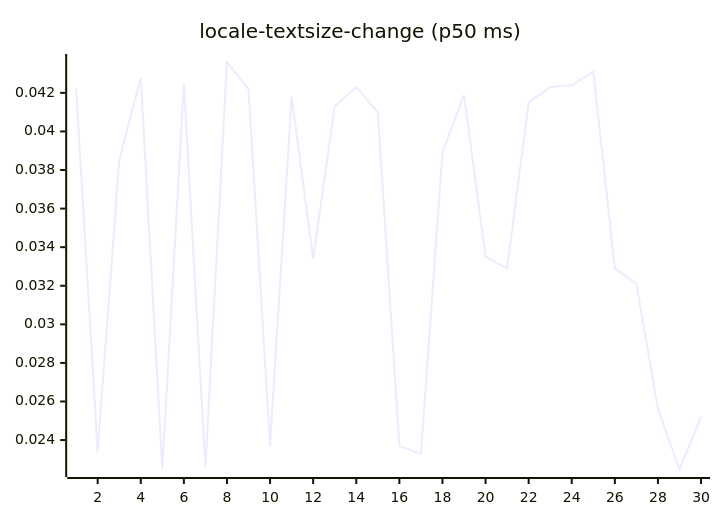
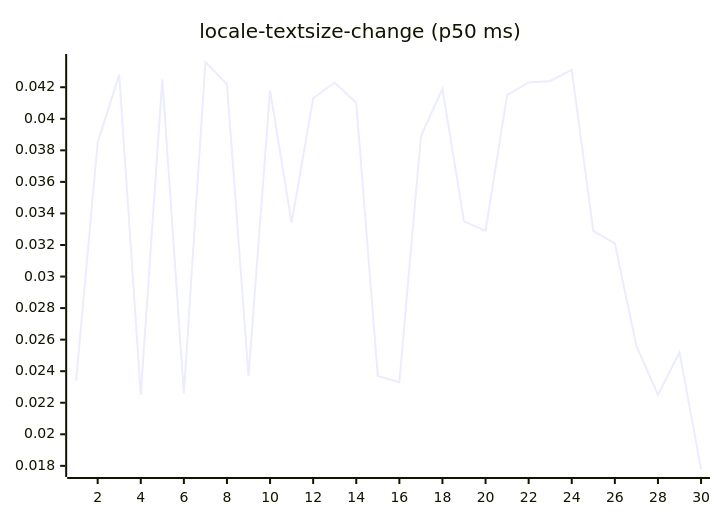
Diagram 13 of 27 in README.md (josha/Facet), drawn with Mermaid before and after one commit. The commit also changed other lines of this file and 2 other files, not shown here.

````diff
--- a/README.md
+++ b/README.md
@@ -147,6 +147,6 @@
 ```mermaid
 xychart-beta
     title "locale-textsize-change (p50 ms)"
     x-axis 1 --> 30
-    line [0.0422, 0.0234, 0.0385, 0.0428, 0.0225, 0.0425, 0.0226, 0.0436, 0.0422, 0.0237, 0.0418, 0.0334, 0.0413, 0.0423, 0.0410, 0.0237, 0.0233, 0.0389, 0.0419, 0.0335, 0.0329, 0.0415, 0.0423, 0.0424, 0.0431, 0.0329, 0.0321, 0.0256, 0.0225, 0.0252]
+    line [0.0234, 0.0385, 0.0428, 0.0225, 0.0425, 0.0226, 0.0436, 0.0422, 0.0237, 0.0418, 0.0334, 0.0413, 0.0423, 0.0410, 0.0237, 0.0233, 0.0389, 0.0419, 0.0335, 0.0329, 0.0415, 0.0423, 0.0424, 0.0431, 0.0329, 0.0321, 0.0256, 0.0225, 0.0252, 0.0178]
 ```
````
